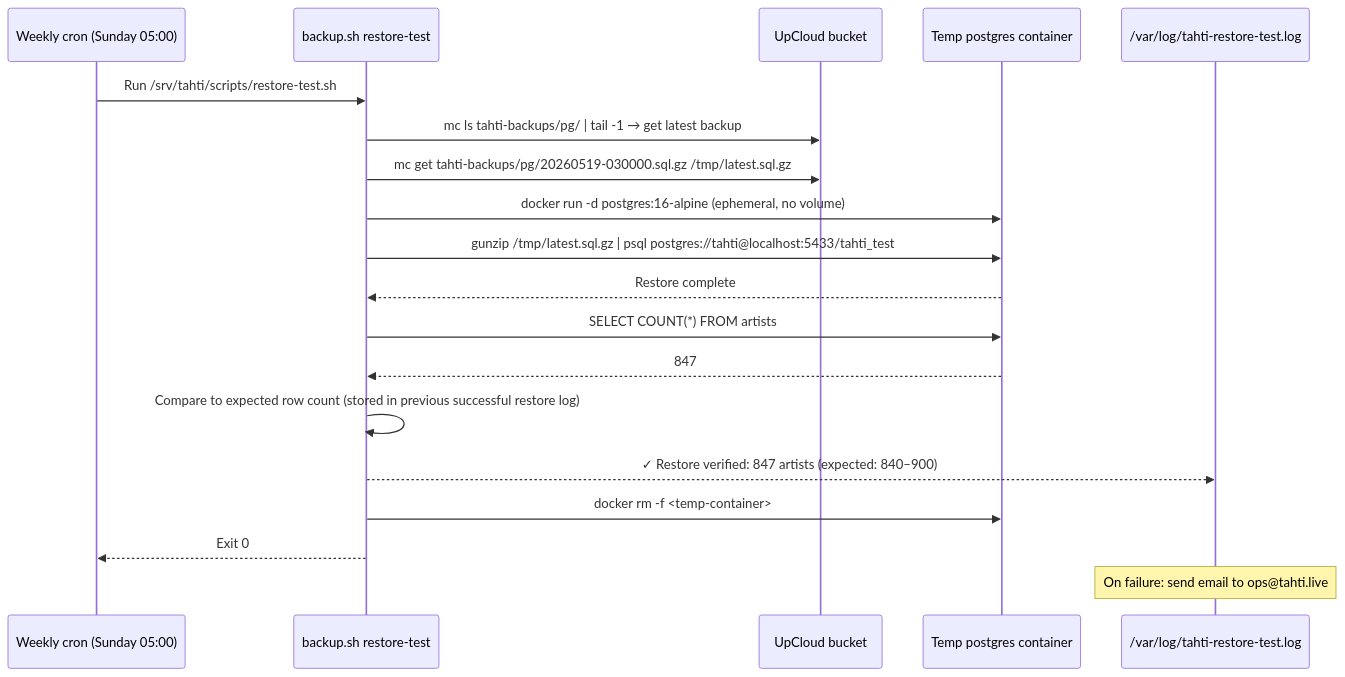
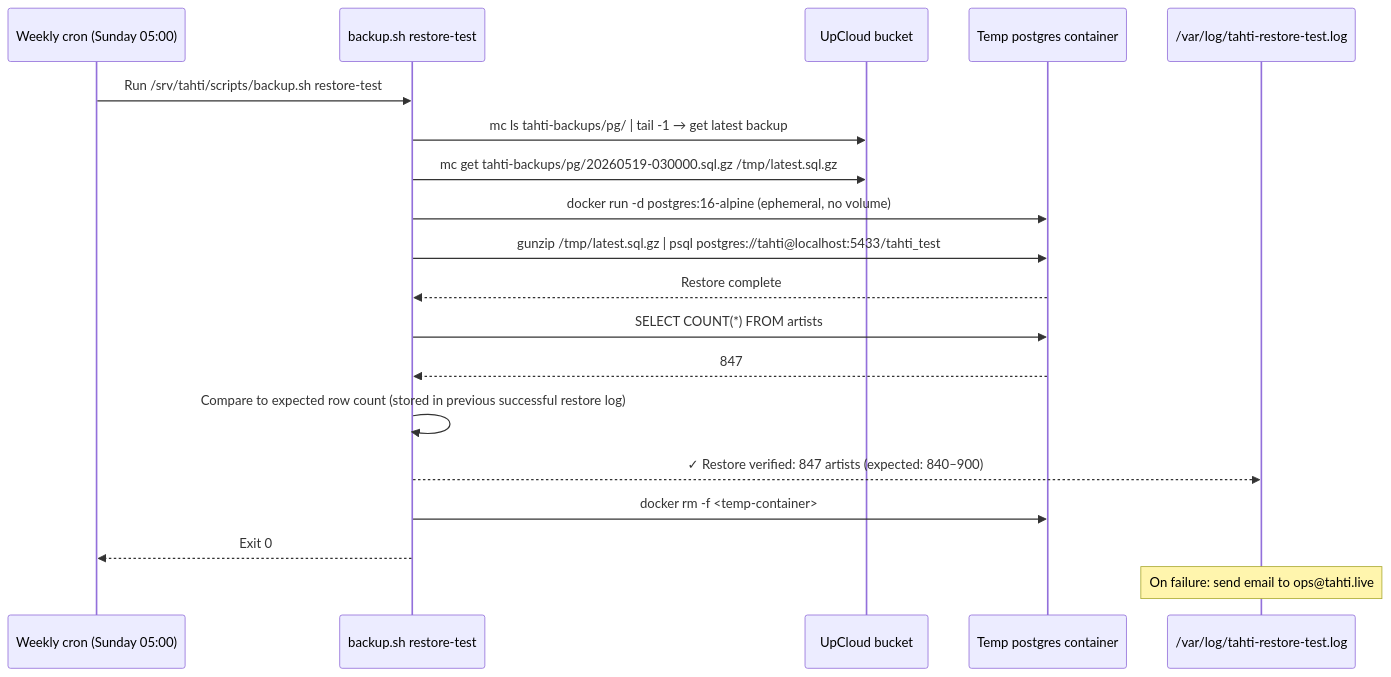
One commit to janiluuk/tahti-org changed the fifth of 8 diagrams in docs/technical/journey-ops.md. Above: the diagram before and after it, drawn with Mermaid. The commit also changed 13 other files, not shown here.

````diff
--- a/docs/technical/journey-ops.md
+++ b/docs/technical/journey-ops.md
@@ -153,28 +153,28 @@
 ```mermaid
 sequenceDiagram
     participant Cron as Weekly cron (Sunday 05:00)
     participant Script as backup.sh restore-test
     participant S3 as UpCloud bucket
     participant TMP as Temp postgres container
     participant Log as /var/log/tahti-restore-test.log
 
-    Cron->>Script: Run /srv/tahti/scripts/restore-test.sh
+    Cron->>Script: Run /srv/tahti/scripts/backup.sh restore-test
 
     Script->>S3: mc ls tahti-backups/pg/ | tail -1 → get latest backup
     Script->>S3: mc get tahti-backups/pg/20260519-030000.sql.gz /tmp/latest.sql.gz
 
     Script->>TMP: docker run -d postgres:16-alpine (ephemeral, no volume)
     Script->>TMP: gunzip /tmp/latest.sql.gz | psql postgres://tahti@localhost:5433/tahti_test
     TMP-->>Script: Restore complete
 
     Script->>TMP: SELECT COUNT(*) FROM artists
     TMP-->>Script: 847
 
     Script->>Script: Compare to expected row count (stored in previous successful restore log)
     Script-->>Log: ✓ Restore verified: 847 artists (expected: 840–900)
 
     Script->>TMP: docker rm -f <temp-container>
     Script-->>Cron: Exit 0
 
     Note over Log: On failure: send email to ops@tahti.live
 ```
````
